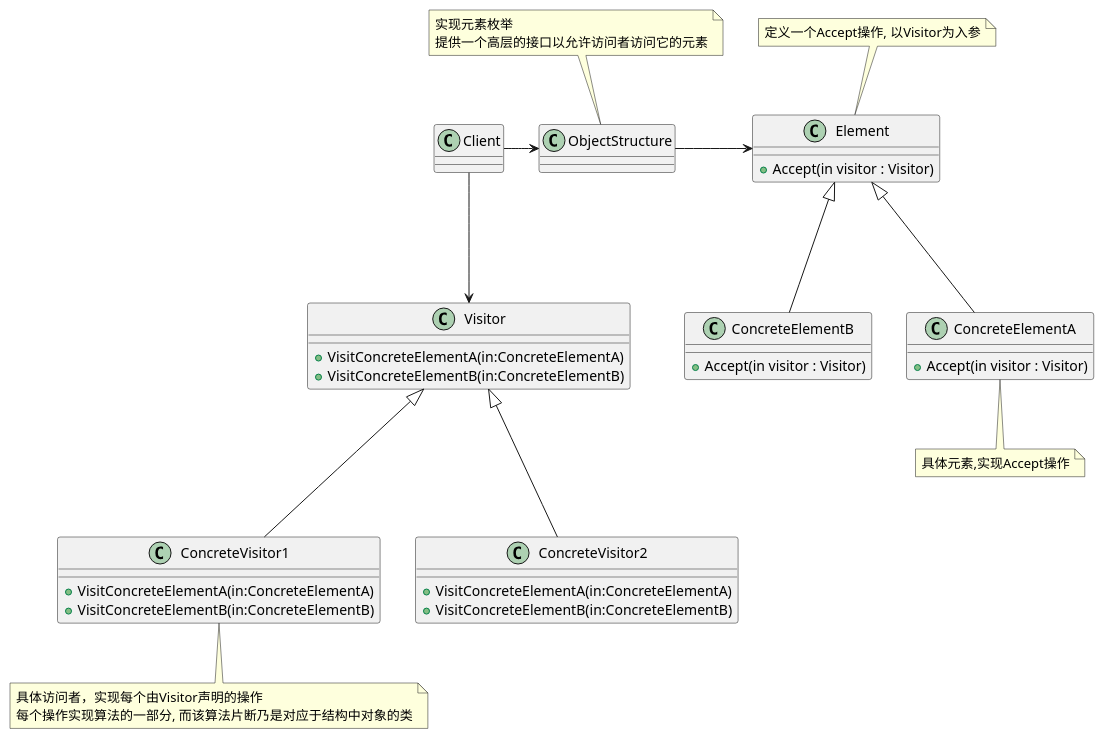
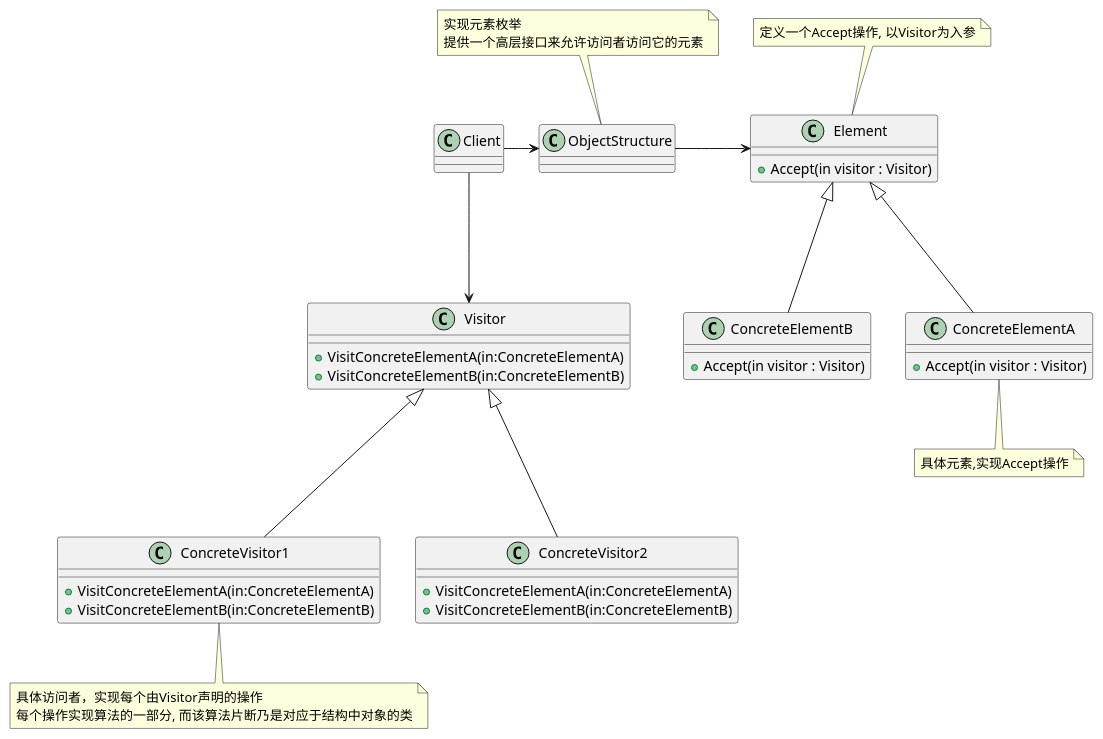
Before and after one commit to DepInjoy/geektime: diagram 11 of 11 in doc/000_DesignArt/00_DesignMode/00_DesignMode.md, drawn with PlantUML. The commit also changed 3 other files, not shown here.

````diff
--- a/doc/000_DesignArt/00_DesignMode/00_DesignMode.md
+++ b/doc/000_DesignArt/00_DesignMode/00_DesignMode.md
@@ -584,49 +584,49 @@
 ```plantuml
 @startuml
 class Visitor {
     + VisitConcreteElementA(in:ConcreteElementA)
     + VisitConcreteElementB(in:ConcreteElementB)
 }
 
 class ConcreteVisitor1 {
     + VisitConcreteElementA(in:ConcreteElementA)
     + VisitConcreteElementB(in:ConcreteElementB)
 }
 note bottom : 具体访问者，实现每个由Visitor声明的操作\n每个操作实现算法的一部分, 而该算法片断乃是对应于结构中对象的类
 
 class ConcreteVisitor2 {
     + VisitConcreteElementA(in:ConcreteElementA)
     + VisitConcreteElementB(in:ConcreteElementB)
 }
 
 class ObjectStructure {
 
 }
-note top : 实现元素枚举\n提供一个高层的接口以允许访问者访问它的元素
+note top : 实现元素枚举\n提供一个高层接口来允许访问者访问它的元素
 
 class Element {
     + Accept(in visitor : Visitor)
 }
 note top : 定义一个Accept操作, 以Visitor为入参
 
 class ConcreteElementA {
     + Accept(in visitor : Visitor)
 }
 note bottom : 具体元素,实现Accept操作
 
 class ConcreteElementB {
     + Accept(in visitor : Visitor)
 }
 
 ConcreteVisitor1 -up--|> Visitor
 ConcreteVisitor2 -up--|> Visitor
 
 ConcreteElementA -up--|> Element
 ConcreteElementB -up--|> Element
 
 ObjectStructure -right--> Element
 
 Client -down--> Visitor
 Client -right--> ObjectStructure
 @enduml
 ```
````
